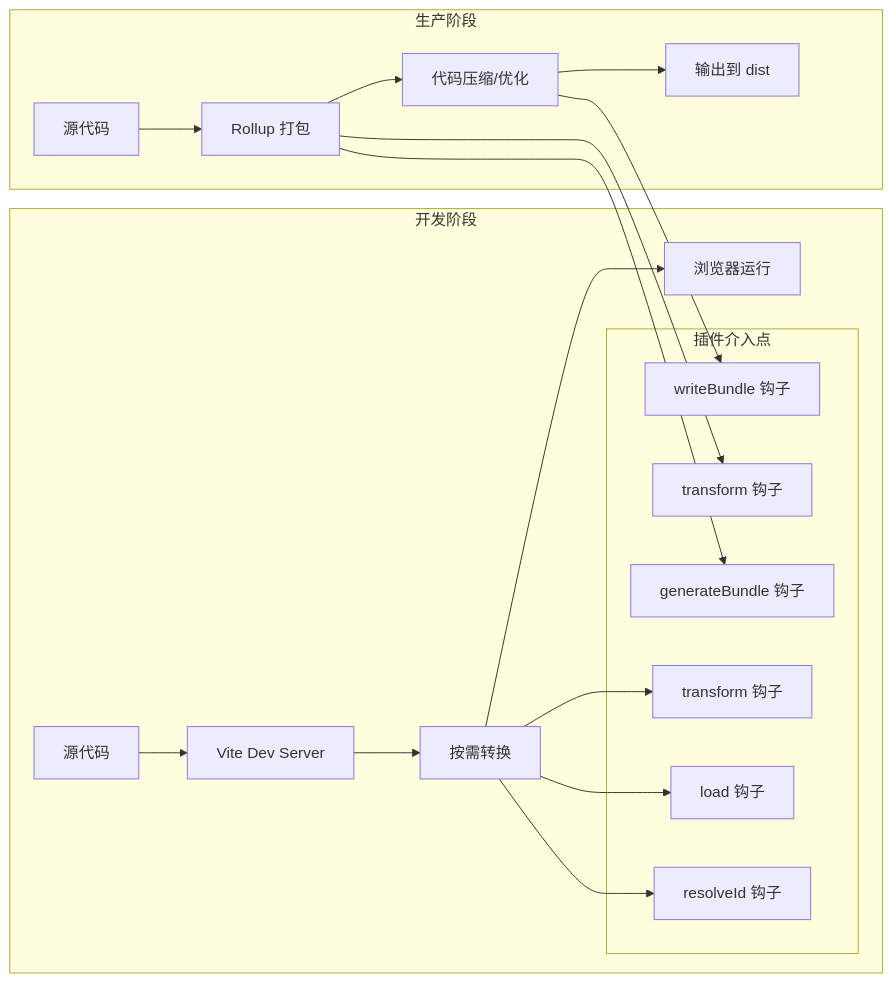
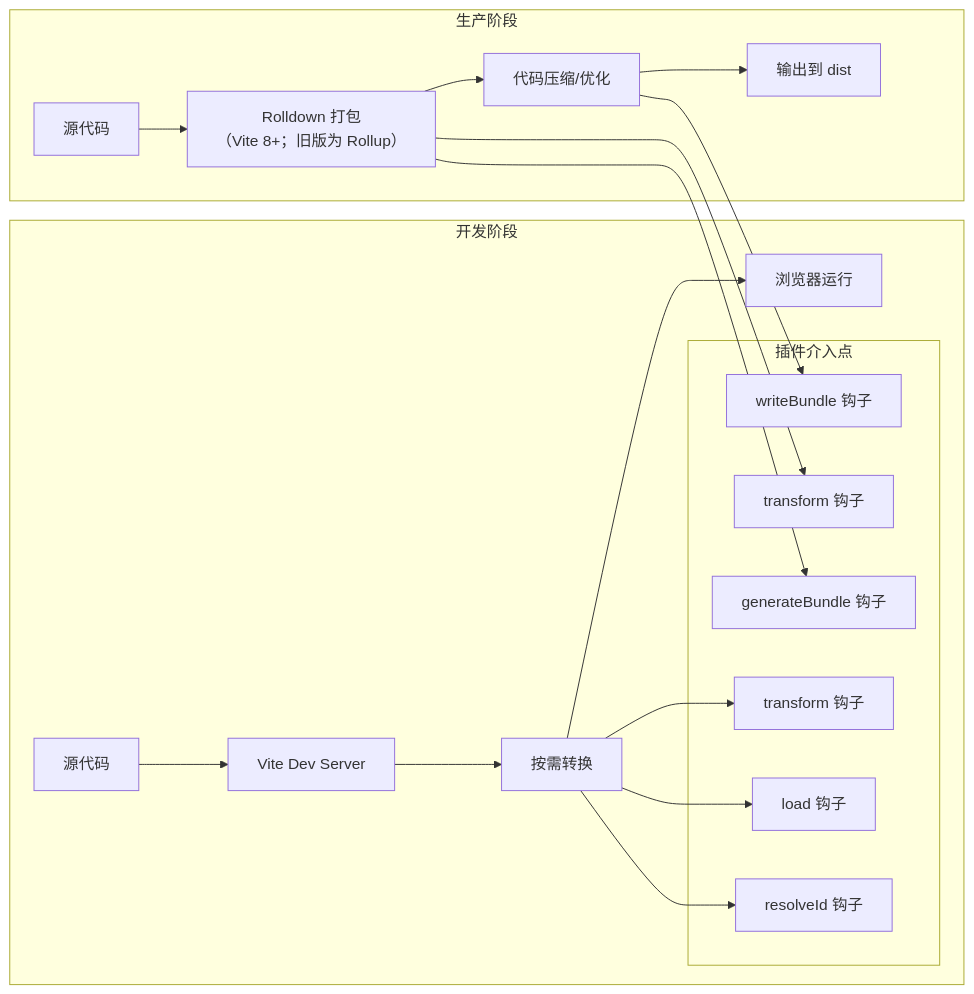
Before and after one commit to before80/prgms: the first of 2 diagrams in content/Js/tools/build/vite/Chapter-05-Plugin-System.md, drawn with Mermaid. The commit also changed other lines of this file and 4787 other files, not shown here.

````diff
--- a/content/Js/tools/build/vite/Chapter-05-Plugin-System.md
+++ b/content/Js/tools/build/vite/Chapter-05-Plugin-System.md
@@ -45,34 +44,34 @@
 ```mermaid
 flowchart LR
     subgraph 开发阶段
         A[源代码] --> B[Vite Dev Server]
         B --> C[按需转换]
         C --> D[浏览器运行]
         
         subgraph 插件介入点
             E[transform 钩子]
             F[load 钩子]
             G[resolveId 钩子]
         end
         
         C --> E
         C --> F
         C --> G
     end
     
     subgraph 生产阶段
-        H[源代码] --> I[Rollup 打包]
+        H[源代码] --> I[Rolldown 打包<br/>（Vite 8+；旧版为 Rollup）]
         I --> J[代码压缩/优化]
         J --> K[输出到 dist]
         
         subgraph 插件介入点
             L[transform 钩子]
             M[generateBundle 钩子]
             N[writeBundle 钩子]
         end
         
         I --> L
         I --> M
         J --> N
     end
 ```
````
